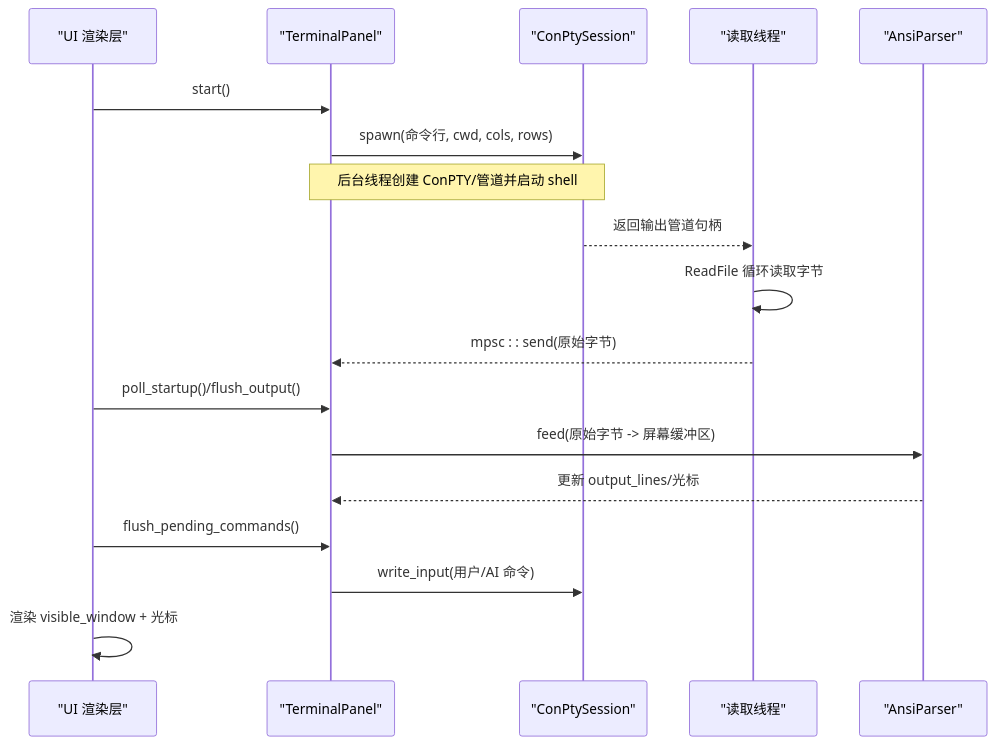
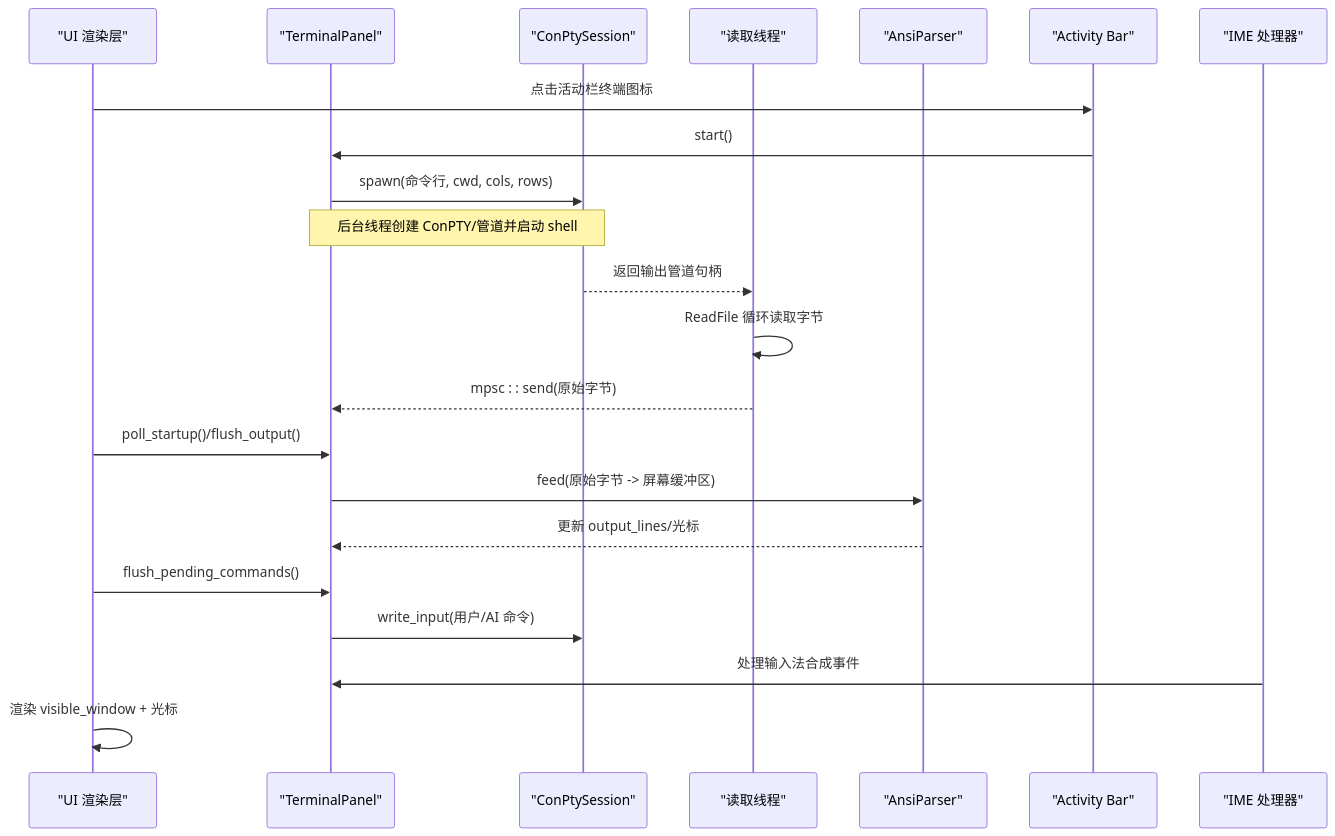
The second of 6 diagrams in .qoder/repowiki/zh/content/核心组件/终端仿真器.md (aetherstudio-cn/AetherStudio), drawn with Mermaid before and after one commit. The commit also changed other lines of this file and 7 other files, not shown here.

````diff
--- a/.qoder/repowiki/zh/content/核心组件/终端仿真器.md
+++ b/.qoder/repowiki/zh/content/核心组件/终端仿真器.md
@@ -77,20 +100,24 @@
 ```mermaid
 sequenceDiagram
 participant UI as "UI 渲染层"
 participant TP as "TerminalPanel"
 participant CP as "ConPtySession"
 participant RT as "读取线程"
 participant AN as "AnsiParser"
-UI->>TP : start()
+participant AB as "Activity Bar"
+participant IME as "IME 处理器"
+UI->>AB : 点击活动栏终端图标
+AB->>TP : start()
 TP->>CP : spawn(命令行, cwd, cols, rows)
 Note over TP,CP : 后台线程创建 ConPTY/管道并启动 shell
 CP-->>RT : 返回输出管道句柄
 RT->>RT : ReadFile 循环读取字节
 RT-->>TP : mpsc : : send(原始字节)
 UI->>TP : poll_startup()/flush_output()
 TP->>AN : feed(原始字节 -> 屏幕缓冲区)
 AN-->>TP : 更新 output_lines/光标
 UI->>TP : flush_pending_commands()
 TP->>CP : write_input(用户/AI 命令)
+IME->>TP : 处理输入法合成事件
 UI->>UI : 渲染 visible_window + 光标
 ```
````
